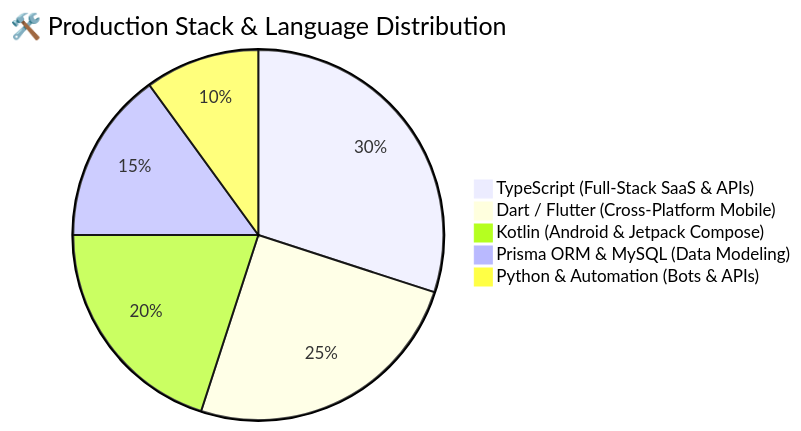
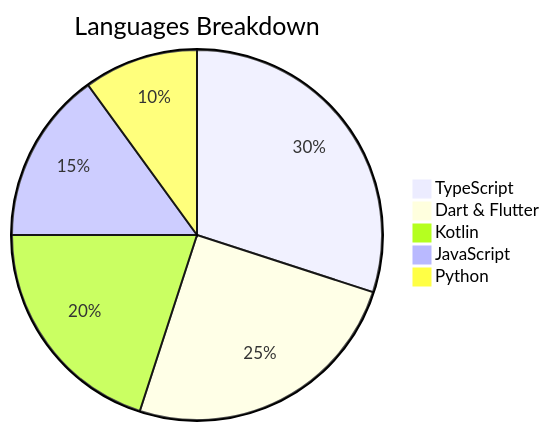
One commit to jayagarwal-github/jayagarwal-github changed the second of 3 diagrams in README.md. Above: the diagram before and after it, drawn with Mermaid. The commit also changed other lines of this file, not shown here.

Commit message:
Remove all emojis and add Languages Breakdown pie chart

````diff
--- a/README.md
+++ b/README.md
@@ -33,8 +45,8 @@
 ```mermaid
-pie title 🛠️ Production Stack & Language Distribution
-    "TypeScript (Full-Stack SaaS & APIs)" : 30
-    "Dart / Flutter (Cross-Platform Mobile)" : 25
-    "Kotlin (Android & Jetpack Compose)" : 20
-    "Prisma ORM & MySQL (Data Modeling)" : 15
-    "Python & Automation (Bots & APIs)" : 10
+pie title Languages Breakdown
+    "TypeScript" : 30
+    "Dart & Flutter" : 25
+    "Kotlin" : 20
+    "JavaScript" : 15
+    "Python" : 10
 ```
````
